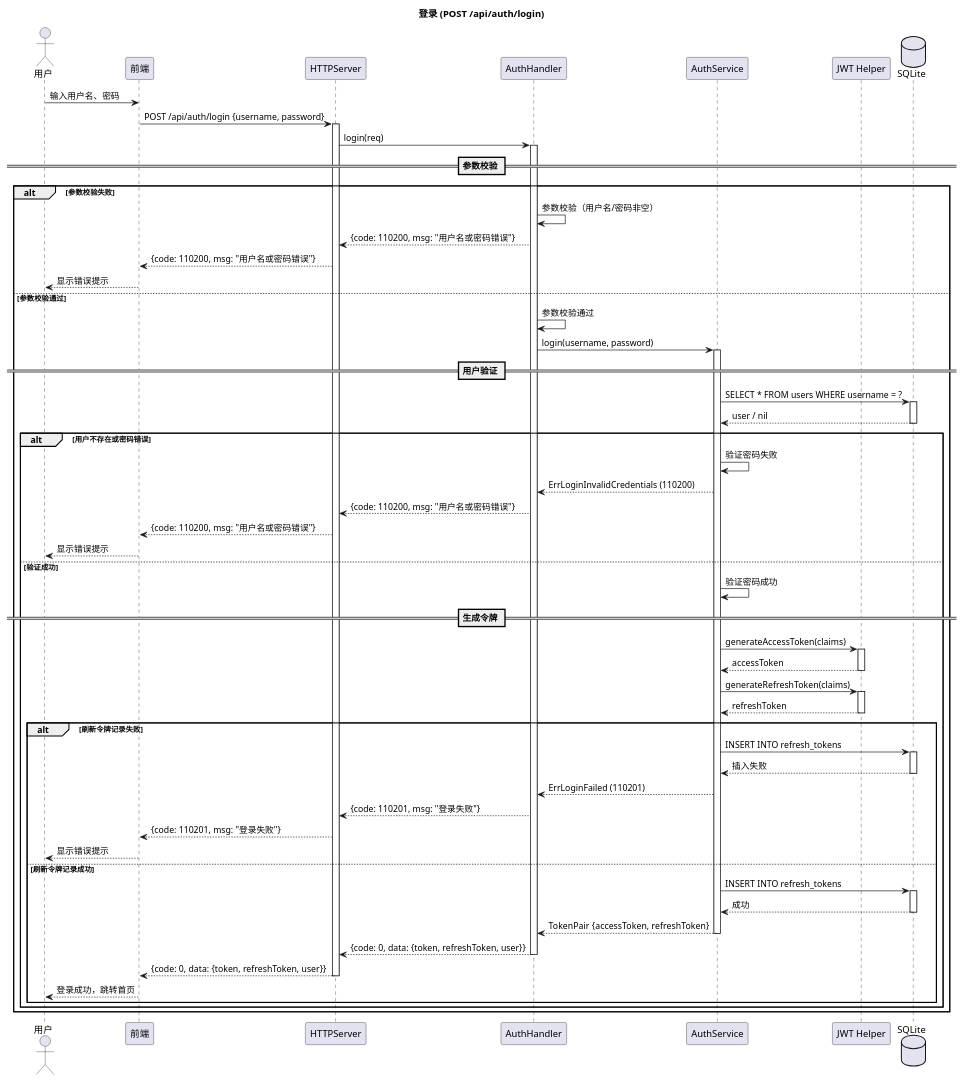
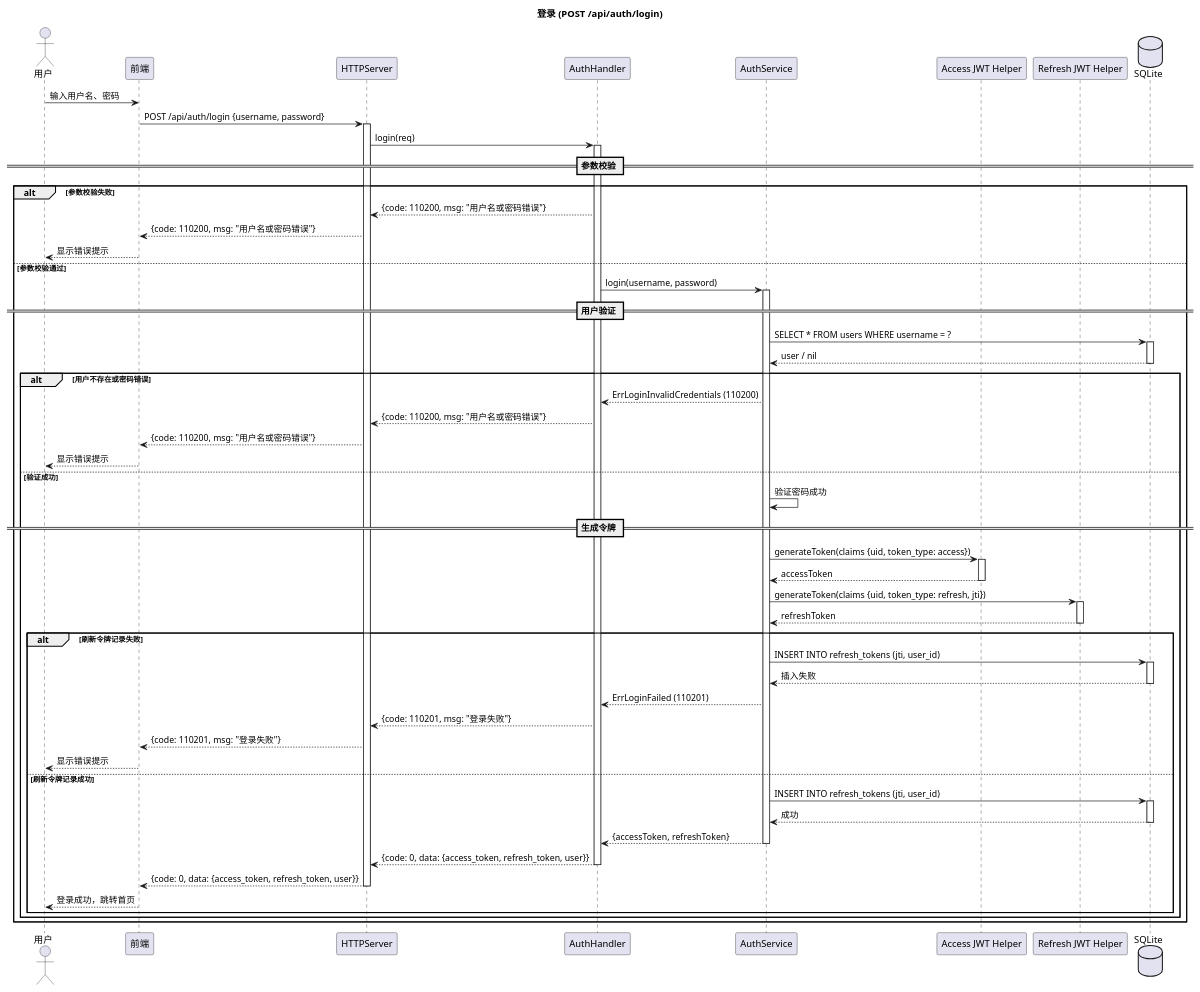
The diagram in docs/uml/02-sequence/01-02-login.puml (loommii/OctoTify), drawn with PlantUML before and after one commit. The commit also changed 10 other files, not shown here.

First line of the commit message:
✨ feat(auth): 新增刷新令牌接口并重构 JWT 为双 Helper 架构

```diff
--- a/docs/uml/02-sequence/01-02-login.puml
+++ b/docs/uml/02-sequence/01-02-login.puml
@@ -1,86 +1,84 @@
 @startuml OctoTify_Sequence_Login
 
 skinparam sequenceStyle svg
 skinparam linetype ortho
 
 title 登录 (POST /api/auth/login)
 
 actor "用户" as User
 participant "前端" as Frontend
 participant "HTTPServer" as Server
 participant "AuthHandler" as Handler
 participant "AuthService" as Auth
-participant "JWT Helper" as JWT
+participant "Access JWT Helper" as AccessJWT
+participant "Refresh JWT Helper" as RefreshJWT
 database "SQLite" as DB
 
 User -> Frontend: 输入用户名、密码
 Frontend -> Server: POST /api/auth/login {username, password}
 activate Server
 Server -> Handler: login(req)
 activate Handler
 
 == 参数校验 ==
 
 alt 参数校验失败
-    Handler -> Handler: 参数校验（用户名/密码非空）
     Handler --> Server: {code: 110200, msg: "用户名或密码错误"}
     Server --> Frontend: {code: 110200, msg: "用户名或密码错误"}
     Frontend --> User: 显示错误提示
 else 参数校验通过
-    Handler -> Handler: 参数校验通过
     Handler -> Auth: login(username, password)
     activate Auth
 
     == 用户验证 ==
 
     Auth -> DB: SELECT * FROM users WHERE username = ?
     activate DB
     DB --> Auth: user / nil
     deactivate DB
 
     alt 用户不存在或密码错误
-        Auth -> Auth: 验证密码失败
         Auth --> Handler: ErrLoginInvalidCredentials (110200)
         Handler --> Server: {code: 110200, msg: "用户名或密码错误"}
         Server --> Frontend: {code: 110200, msg: "用户名或密码错误"}
         Frontend --> User: 显示错误提示
     else 验证成功
         Auth -> Auth: 验证密码成功
 
         == 生成令牌 ==
 
-        Auth -> JWT: generateAccessToken(claims)
-        activate JWT
-        JWT --> Auth: accessToken
-        deactivate JWT
-        Auth -> JWT: generateRefreshToken(claims)
-        activate JWT
-        JWT --> Auth: refreshToken
-        deactivate JWT
+        Auth -> AccessJWT: generateToken(claims {uid, token_type: access})
+        activate AccessJWT
+        AccessJWT --> Auth: accessToken
+        deactivate AccessJWT
+        Auth -> RefreshJWT: generateToken(claims {uid, token_type: refresh, jti})
+        activate RefreshJWT
+        RefreshJWT --> Auth: refreshToken
+        deactivate RefreshJWT
 
         alt 刷新令牌记录失败
-            Auth -> DB: INSERT INTO refresh_tokens
+            Auth -> DB: INSERT INTO refresh_tokens (jti, user_id)
             activate DB
             DB --> Auth: 插入失败
             deactivate DB
             Auth --> Handler: ErrLoginFailed (110201)
             Handler --> Server: {code: 110201, msg: "登录失败"}
             Server --> Frontend: {code: 110201, msg: "登录失败"}
             Frontend --> User: 显示错误提示
         else 刷新令牌记录成功
-            Auth -> DB: INSERT INTO refresh_tokens
+            Auth -> DB: INSERT INTO refresh_tokens (jti, user_id)
             activate DB
             DB --> Auth: 成功
             deactivate DB
-            Auth --> Handler: TokenPair {accessToken, refreshToken}
+            Auth --> Handler: {accessToken, refreshToken}
             deactivate Auth
-            Handler --> Server: {code: 0, data: {token, refreshToken, user}}
+            Handler --> Server: {code: 0, data: {access_token, refresh_token, user}}
             deactivate Handler
-            Server --> Frontend: {code: 0, data: {token, refreshToken, user}}
+            Server --> Frontend: {code: 0, data: {access_token, refresh_token, user}}
             deactivate Server
             Frontend --> User: 登录成功，跳转首页
         end
     end
 end
 
 @enduml
```
